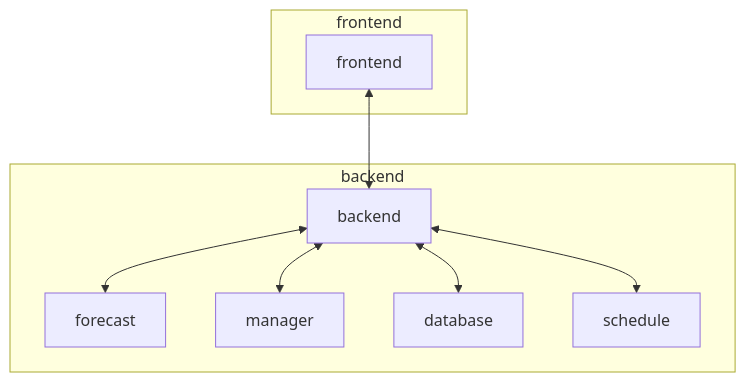
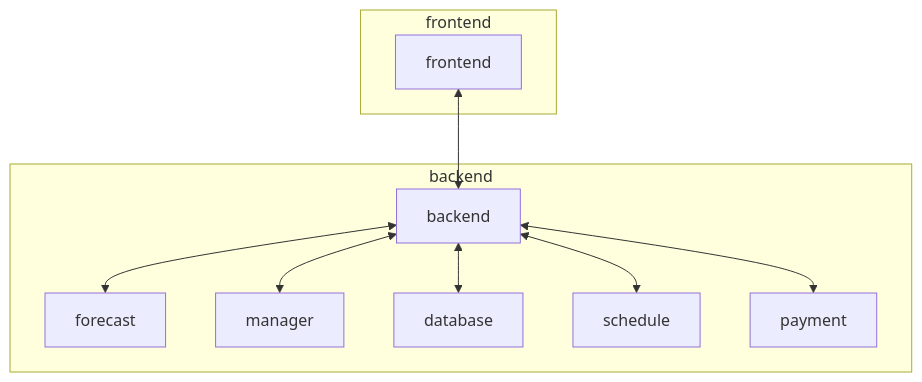
The first of 8 diagrams in README.md (vutiendat2302/optima-product-winmart-system), drawn with Mermaid before and after one commit. The commit also changed other lines of this file and 1 other file, not shown here.

````diff
--- a/README.md
+++ b/README.md
@@ -17,15 +17,16 @@
 ``` mermaid
     flowchart BT
         subgraph frontend
             FE[frontend]
         end
         subgraph backend
             BE[backend]
             FM[forecast] <--> BE
             MN[manager] <--> BE
             DB[database] <--> BE
             SC[schedule] <--> BE
+            PM[payment] <--> BE
         end
         BE <--> FE
         
 ```
````
